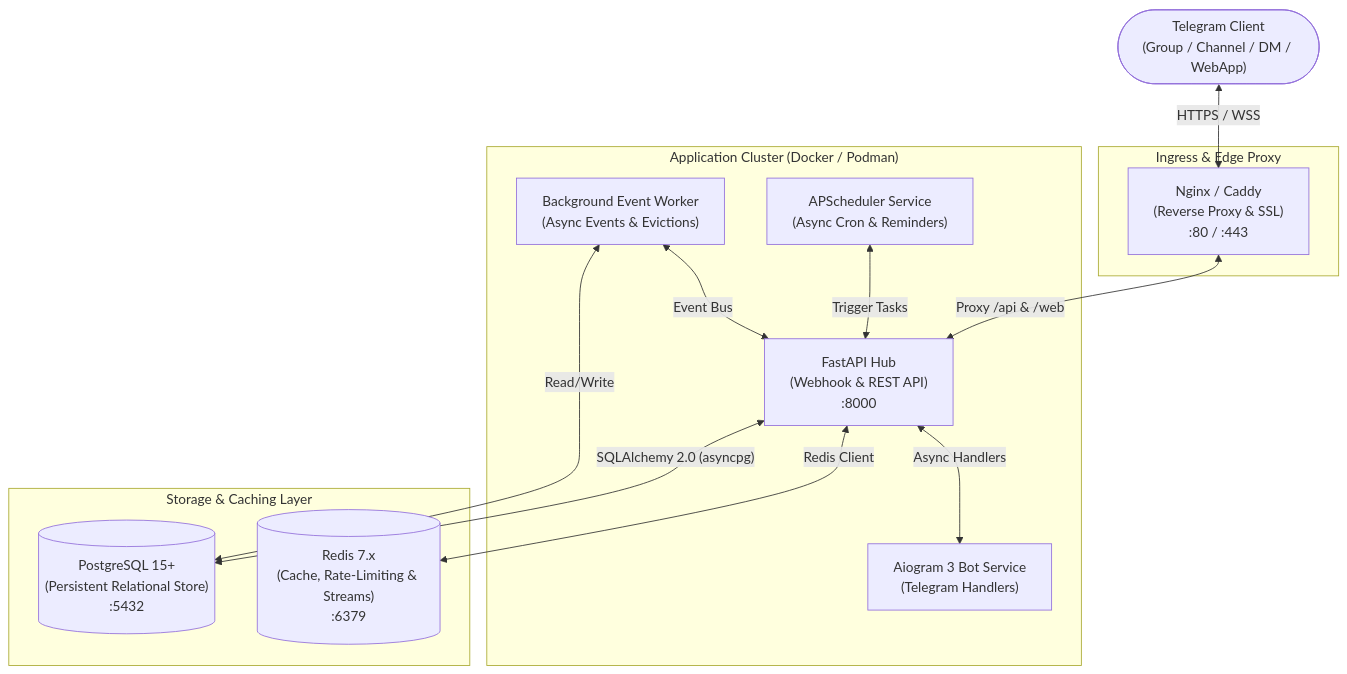
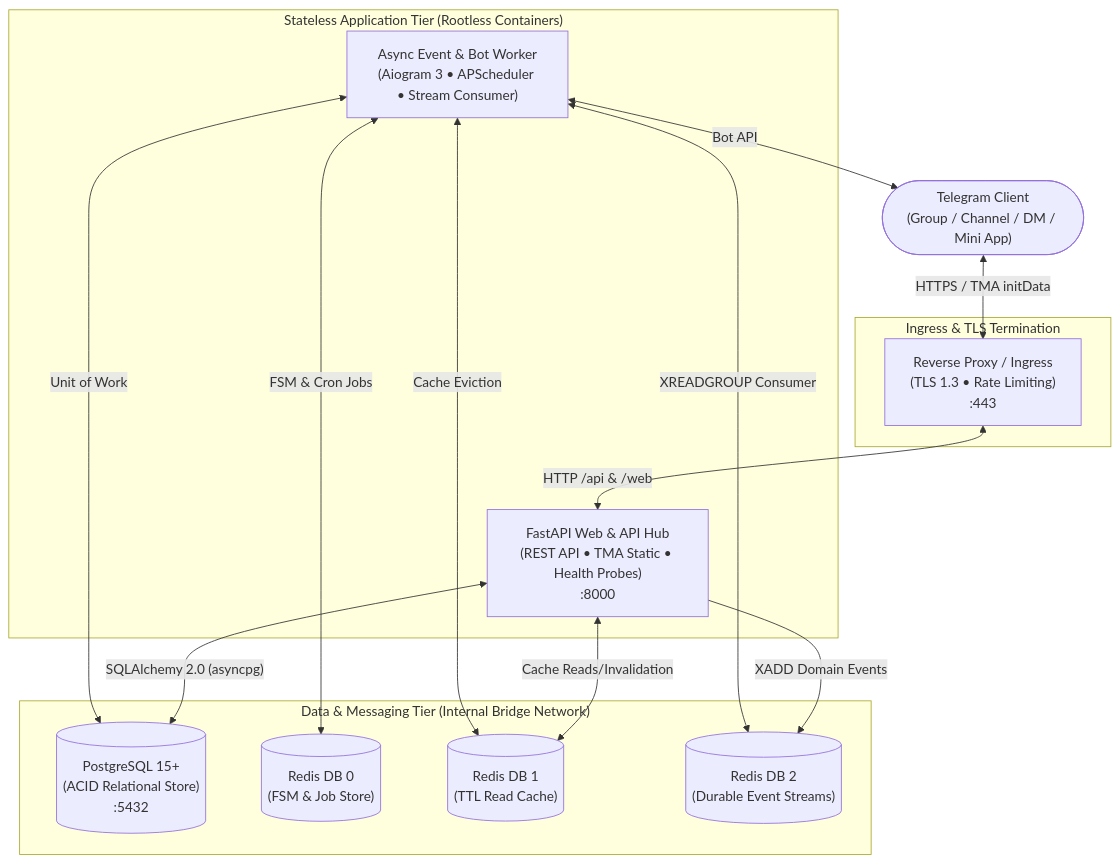
The first of 3 diagrams in README.md (yeronymus/football-manager), drawn with Mermaid before and after one commit. The commit also changed other lines of this file and 50 other files, not shown here.

````diff
--- a/README.md
+++ b/README.md
@@ -78,29 +40,31 @@
 ```mermaid
 graph TB
-    Client(["Telegram Client<br/>(Group / Channel / DM / WebApp)"])
+    Client(["Telegram Client<br/>(Group / Channel / DM / Mini App)"])
 
-    subgraph Ingress["Ingress & Edge Proxy"]
-        Nginx["Nginx / Caddy<br/>(Reverse Proxy & SSL)<br/>:80 / :443"]
+    subgraph Edge["Ingress & TLS Termination"]
+        Proxy["Reverse Proxy / Ingress<br/>(TLS 1.3 • Rate Limiting)<br/>:443"]
     end
 
-    subgraph AppStack["Application Cluster (Docker / Podman)"]
-        FastAPI["FastAPI Hub<br/>(Webhook & REST API)<br/>:8000"]
-        Aiogram["Aiogram 3 Bot Service<br/>(Telegram Handlers)"]
-        Scheduler["APScheduler Service<br/>(Async Cron & Reminders)"]
-        Worker["Background Event Worker<br/>(Async Events & Evictions)"]
+    subgraph Compute["Stateless Application Tier (Rootless Containers)"]
+        API["FastAPI Web & API Hub<br/>(REST API • TMA Static • Health Probes)<br/>:8000"]
+        Worker["Async Event & Bot Worker<br/>(Aiogram 3 • APScheduler • Stream Consumer)"]
     end
 
-    subgraph DataStack["Storage & Caching Layer"]
-        Postgres[("PostgreSQL 15+<br/>(Persistent Relational Store)<br/>:5432")]
-        Redis[("Redis 7.x<br/>(Cache, Rate-Limiting & Streams)<br/>:6379")]
+    subgraph State["Data & Messaging Tier (Internal Bridge Network)"]
+        Postgres[("PostgreSQL 15+<br/>(ACID Relational Store)<br/>:5432")]
+        Redis0[("Redis DB 0<br/>(FSM & Job Store)")]
+        Redis1[("Redis DB 1<br/>(TTL Read Cache)")]
+        Redis2[("Redis DB 2<br/>(Durable Event Streams)")]
     end
 
-    Client <-->|"HTTPS / WSS"| Nginx
-    Nginx <-->|"Proxy /api & /web"| FastAPI
-    FastAPI <-->|"Async Handlers"| Aiogram
-    FastAPI <-->|"SQLAlchemy 2.0 (asyncpg)"| Postgres
-    FastAPI <-->|"Redis Client"| Redis
-    Scheduler <-->|"Trigger Tasks"| FastAPI
-    Worker <-->|"Event Bus"| FastAPI
-    Worker <-->|"Read/Write"| Postgres
+    Client <-->|"HTTPS / TMA initData"| Proxy
+    Proxy <-->|"HTTP /api & /web"| API
+    API <-->|"SQLAlchemy 2.0 (asyncpg)"| Postgres
+    API <-->|"Cache Reads/Invalidation"| Redis1
+    API -->|"XADD Domain Events"| Redis2
+    Worker <-->|"XREADGROUP Consumer"| Redis2
+    Worker <-->|"FSM & Cron Jobs"| Redis0
+    Worker <-->|"Cache Eviction"| Redis1
+    Worker <-->|"Unit of Work"| Postgres
+    Worker <-->|"Bot API"| Client
 ```
````
